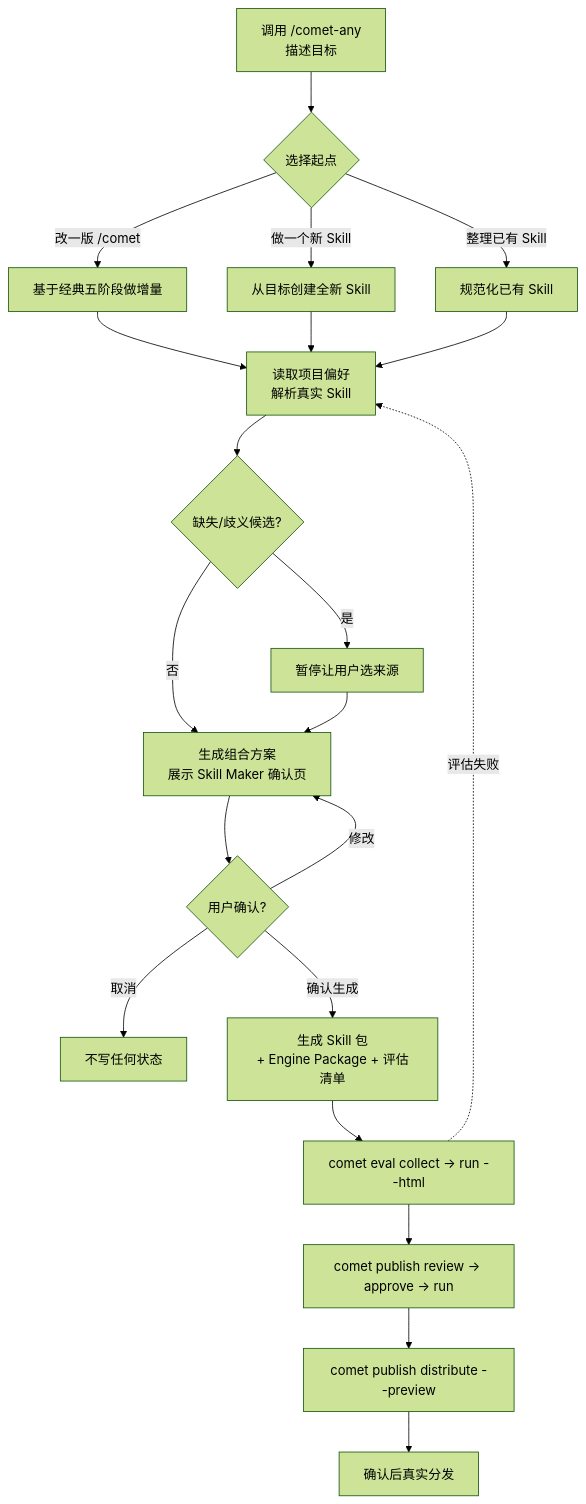
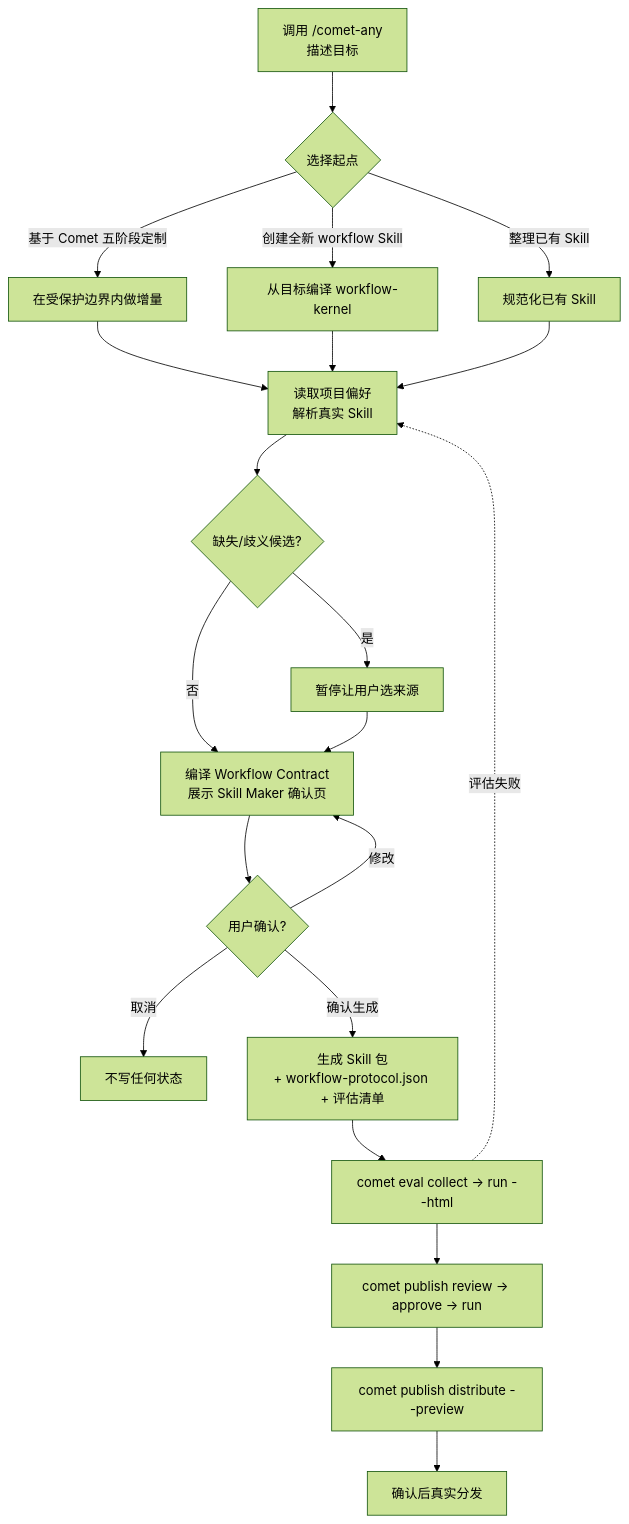
Before and after one commit to rpamis/comet-website-docs: the diagram in zh/skill-factory/getting-started.mdx, drawn with Mermaid (forest theme). The commit also changed other lines of this file and 11 other files, not shown here.

````diff
--- a/zh/skill-factory/getting-started.mdx
+++ b/zh/skill-factory/getting-started.mdx
@@ -143,23 +146,23 @@
 ```mermaid
 flowchart TD
     Start["调用 /comet-any<br/>描述目标"] --> Intent{"选择起点"}
-    Intent -->|改一版 /comet| Derive["基于经典五阶段做增量"]
-    Intent -->|做一个新 Skill| New["从目标创建全新 Skill"]
+    Intent -->|基于 Comet 五阶段定制| Derive["在受保护边界内做增量"]
+    Intent -->|创建全新 workflow Skill| New["从目标编译 workflow-kernel"]
     Intent -->|整理已有 Skill| Upgrade["规范化已有 Skill"]
     Derive --> Pref["读取项目偏好<br/>解析真实 Skill"]
     New --> Pref
     Upgrade --> Pref
     Pref --> Resolve{"缺失/歧义候选?"}
     Resolve -->|是| AskUser["暂停让用户选来源"]
-    Resolve -->|否| Proposal["生成组合方案<br/>展示 Skill Maker 确认页"]
+    Resolve -->|否| Proposal["编译 Workflow Contract<br/>展示 Skill Maker 确认页"]
     AskUser --> Proposal
     Proposal --> Confirm{"用户确认?"}
     Confirm -->|修改| Proposal
     Confirm -->|取消| End1["不写任何状态"]
-    Confirm -->|确认生成| Generate["生成 Skill 包<br/>+ Engine Package + 评估清单"]
+    Confirm -->|确认生成| Generate["生成 Skill 包<br/>+ workflow-protocol.json + 评估清单"]
     Generate --> Eval["comet eval collect → run --html"]
     Eval --> Ready["comet publish review → approve → run"]
     Ready --> Preview["comet publish distribute --preview"]
     Preview --> Dist["确认后真实分发"]
     Eval -. 评估失败 .-> Pref
 ```
````
